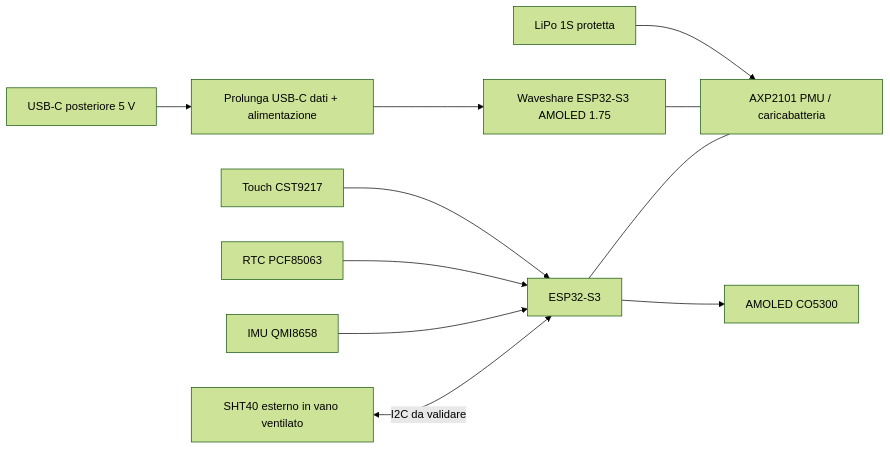
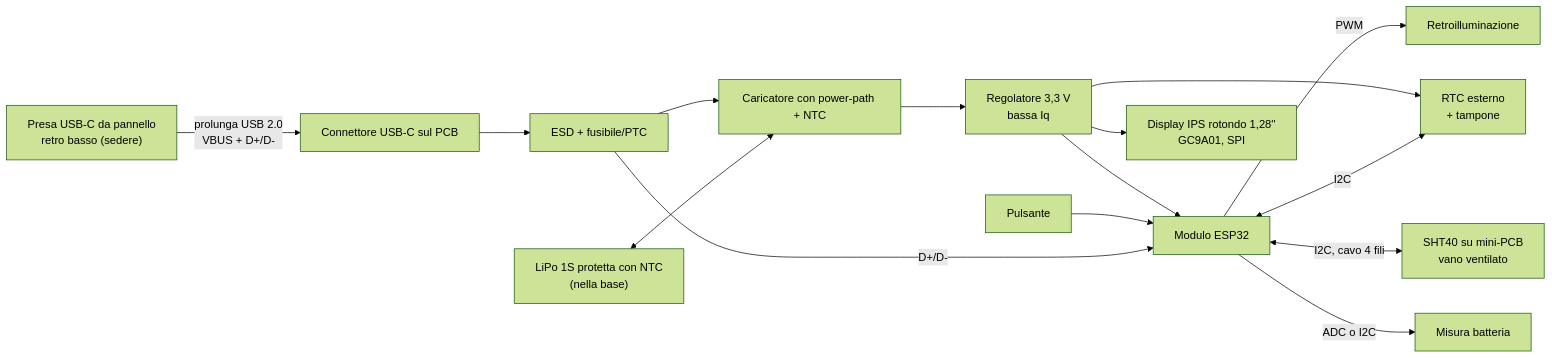
Before and after one commit to seba379/PoliClock: the diagram in docs/02-architettura-hardware.md, drawn with Mermaid (forest theme). The commit also changed other lines of this file and 13 other files, not shown here.

First line of the commit message:
docs: switch to custom PCB architecture with round IPS display (v0.3)

````diff
--- a/docs/02-architettura-hardware.md
+++ b/docs/02-architettura-hardware.md
@@ -48,13 +17,17 @@
 ```mermaid
 flowchart LR
-    USB["USB-C posteriore 5 V"] --> EXT["Prolunga USB-C dati + alimentazione"]
-    EXT --> BOARD["Waveshare ESP32-S3 AMOLED 1.75"]
-    BAT["LiPo 1S protetta"] --> PMU["AXP2101 PMU / caricabatteria"]
-    BOARD --- PMU
-    MCU["ESP32-S3"] --- PMU
-    MCU --> DISP["AMOLED CO5300"]
-    TOUCH["Touch CST9217"] --> MCU
-    RTC["RTC PCF85063"] --> MCU
-    IMU["IMU QMI8658"] --> MCU
-    SENSOR["SHT40 esterno in vano ventilato"] <-->|"I2C da validare"| MCU
+    USB["Presa USB-C da pannello<br/>retro basso (sedere)"] -->|"prolunga USB 2.0<br/>VBUS + D+/D-"| CONN["Connettore USB-C sul PCB"]
+    CONN --> ESD["ESD + fusibile/PTC"]
+    ESD --> CHG["Caricatore con power-path + NTC"]
+    BAT["LiPo 1S protetta con NTC<br/>(nella base)"] <--> CHG
+    CHG --> REG["Regolatore 3,3 V<br/>bassa Iq"]
+    REG --> MCU["Modulo ESP32"]
+    REG --> RTC["RTC esterno<br/>+ tampone"]
+    REG --> DISP["Display IPS rotondo 1,28''<br/>GC9A01, SPI"]
+    MCU -->|"PWM"| BL["Retroilluminazione"]
+    MCU <-->|"I2C"| RTC
+    MCU <-->|"I2C, cavo 4 fili"| SHT["SHT40 su mini-PCB<br/>vano ventilato"]
+    MCU -->|"ADC o I2C"| BMON["Misura batteria"]
+    BTN["Pulsante"] --> MCU
+    ESD -->|"D+/D-"| MCU
 ```
````
